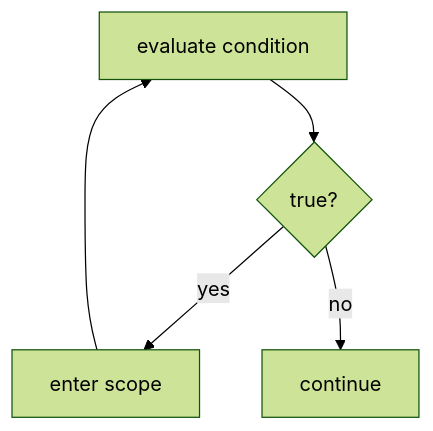
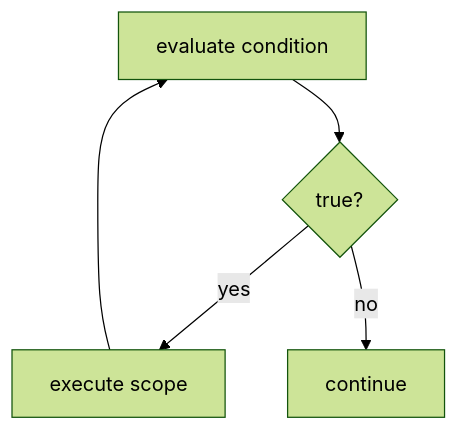
Before and after one commit to Fundamentals-of-Computer-Science/FunCS: the fourth of 4 diagrams in content/ch1/ch1-3.md, drawn with Mermaid (forest theme). The commit also changed other lines of this file and 2 other files, not shown here.

````diff
--- a/content/ch1/ch1-3.md
+++ b/content/ch1/ch1-3.md
@@ -977,7 +1116,7 @@
 ```mermaid
 flowchart TD
     A[evaluate condition] --> B{true?}
-    B -->|yes| C[enter scope]
+    B -->|yes| C[execute scope]
     B -->|no| D[continue]
     C --> A
 ```
````
